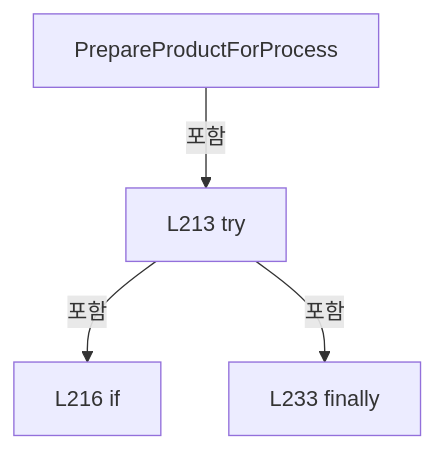
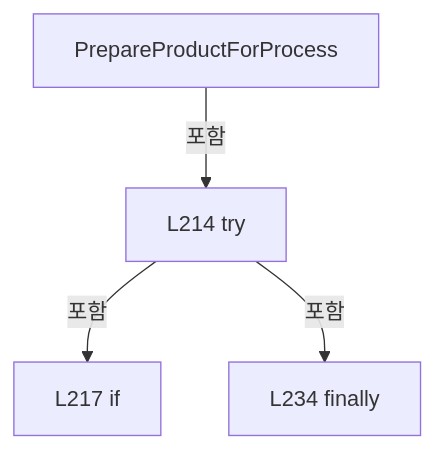
The fourth of 27 diagrams in A3 LD Code Ref/files/Drilling.Common/Product/CProductManager.cs.md (kjuws10-rgb/Shared), drawn with Mermaid before and after one commit. The commit also changed other lines of this file and 8055 other files, not shown here.

Commit message:
docs(a3): trace Stage Glass Data and refresh architecture and full code reference

````diff
--- a/A3 LD Code Ref/files/Drilling.Common/Product/CProductManager.cs.md
+++ b/A3 LD Code Ref/files/Drilling.Common/Product/CProductManager.cs.md
@@ -880,10 +881,10 @@
 ```mermaid
 flowchart TD
  M["PrepareProductForProcess"]
- N0["L213 try"]
+ N0["L214 try"]
  M -->|포함| N0
- N1["L216 if"]
+ N1["L217 if"]
  N0 -->|포함| N1
- N2["L233 finally"]
+ N2["L234 finally"]
  N0 -->|포함| N2
 ```
````
